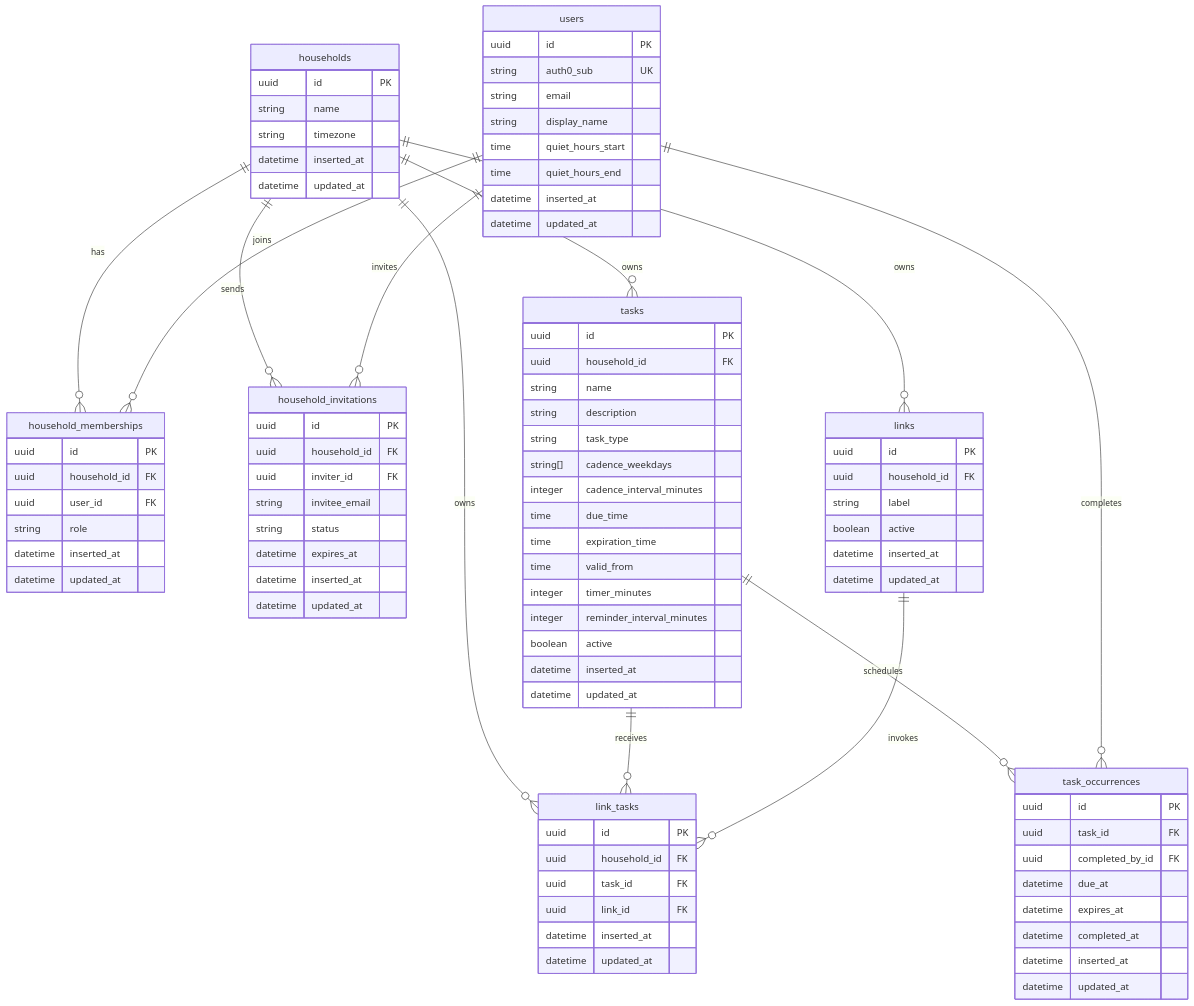
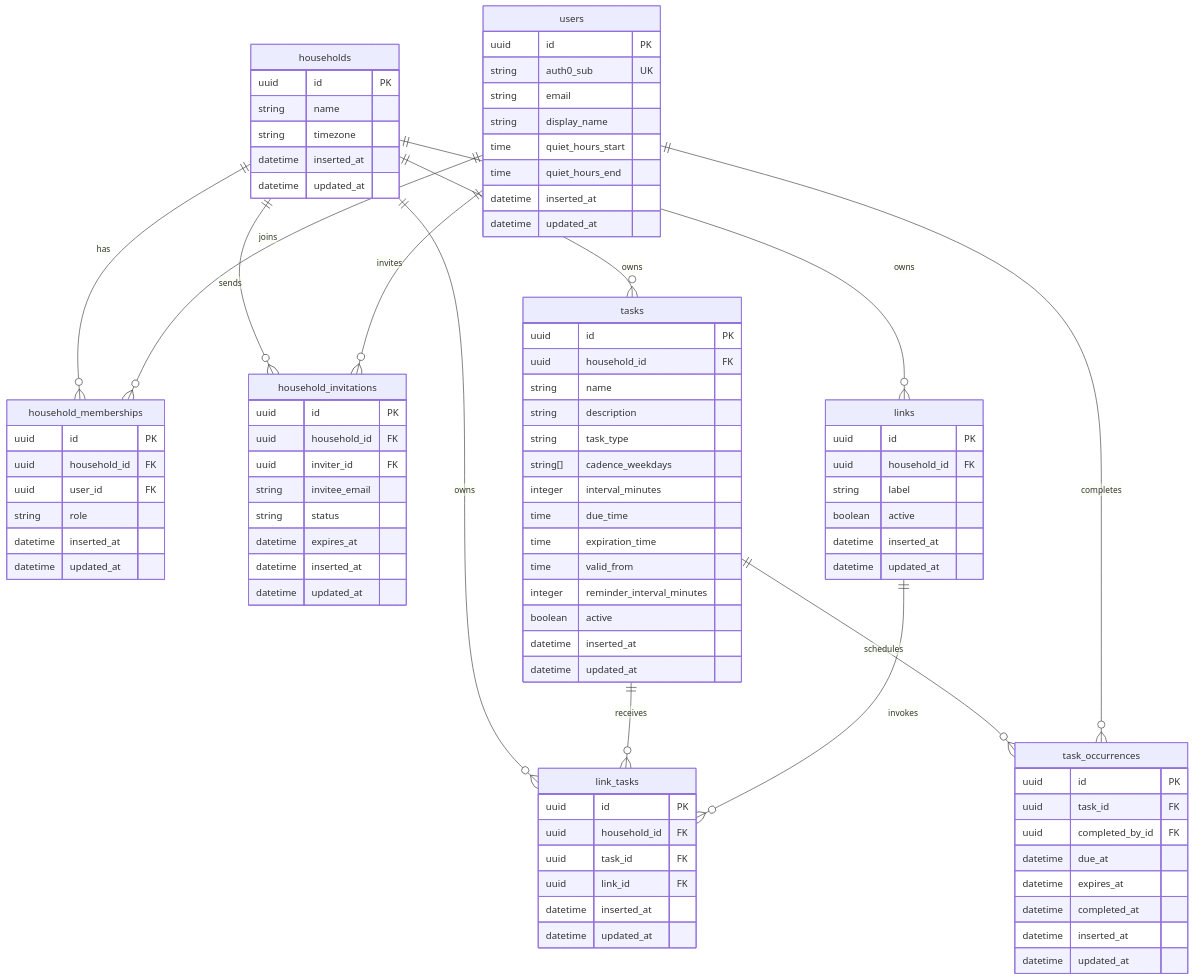
One commit to dewetblomerus/donemanager changed the first of 2 diagrams in architecture/database.md. Above: the diagram before and after it, drawn with Mermaid. The commit also changed other lines of this file and 7 other files, not shown here.

Commit message:
clean up schema

```diff
--- a/architecture/database.md
+++ b/architecture/database.md
@@ -65,11 +65,10 @@
         string description
         string task_type
         string[] cadence_weekdays
-        integer cadence_interval_minutes
+        integer interval_minutes
         time due_time
         time expiration_time
         time valid_from
-        integer timer_minutes
         integer reminder_interval_minutes
         boolean active
         datetime inserted_at
```
